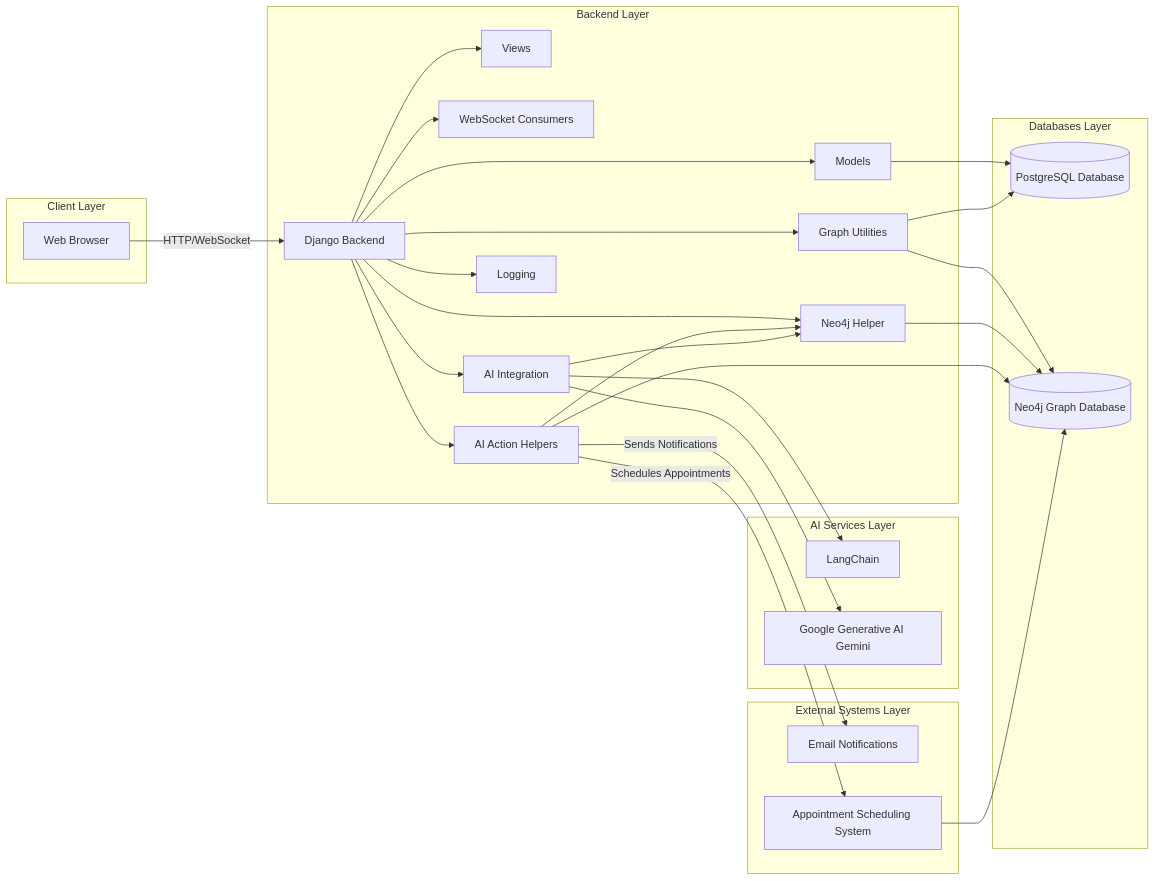
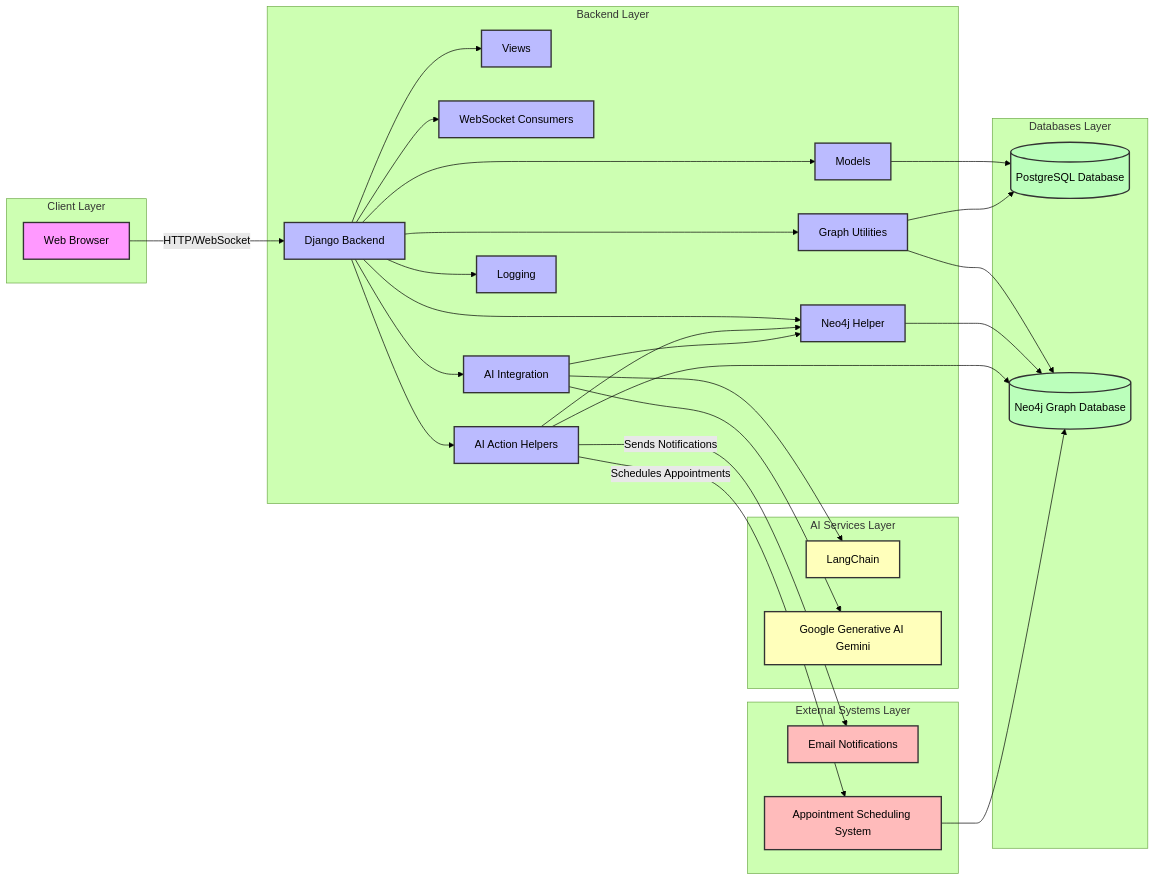
One commit to SiddanthEmani/patient_chatbot changed the diagram in README.md. Above: the diagram before and after it, drawn with Mermaid. The commit also changed 1 other file, not shown here.

Commit message:
Made small visual changes

````diff
--- a/README.md
+++ b/README.md
@@ -53,59 +53,82 @@
 ```mermaid
-%%{init: {'theme': 'forest', 'flowchart': {'curve': 'basis'}, 'look': 'handDrawn', layout:'dagre'}}%%
-
+%%{init: {'theme': 'forest', 'flowchart': {'curve': 'basis'}}}%%
 graph LR
-subgraph "Client Layer"
-A[Web Browser]:::client
-end
-subgraph "Backend Layer"
-B[Django Backend]:::backend
-C[Views]:::backend
-D[WebSocket Consumers]:::backend
-E[Models]:::backend
-F[AI Integration]:::backend
-G[Graph Utilities]:::backend
-H[Neo4j Helper]:::backend
-I[AI Action Helpers]:::backend
-J[Logging]:::backend
-end
-subgraph "Databases Layer"
-K[(PostgreSQL Database)]:::databases
-L[(Neo4j Graph Database)]:::databases
-end
-subgraph "AI Services Layer"
-M[LangChain]:::ai
-N[Google Generative AI Gemini]:::ai
-end
-subgraph "External Systems Layer"
-O[Email Notifications]:::external
-P[Appointment Scheduling System]:::external
-end
-A -->|HTTP/WebSocket| B
-B --> C
-B --> D
-B --> E
-B --> F
-B --> G
-B --> H
-B --> I
-B --> J
-E --> K
-G --> K
-G --> L
-H --> L
-I --> H
-I --> L
-F --> M
-F --> N
-F --> H
-I -->|Sends Notifications| O
-I -->|Schedules Appointments| P
-P --> L
-class A client
-class B,C,D,E,F,G,H,I,J backend
-class K,L databases
-class M,N ai
-class O,P external
-
-
+    %% Styling Definitions %%
+    classDef client fill:#f9f,stroke:#333,stroke-width:2px;
+    classDef backend fill:#bbf,stroke:#333,stroke-width:2px;
+    classDef databases fill:#bfb,stroke:#333,stroke-width:2px;
+    classDef ai fill:#ffb,stroke:#333,stroke-width:2px;
+    classDef external fill:#fbb,stroke:#333,stroke-width:2px;
+    
+    %% Clients %%
+    subgraph "Client Layer"
+        A[Web Browser]:::client
+    end
+    
+    %% Django Backend %%
+    subgraph "Backend Layer" 
+        B[Django Backend]:::backend
+        C[Views]:::backend
+        D[WebSocket Consumers]:::backend
+        E[Models]:::backend
+        F[AI Integration]:::backend
+        G[Graph Utilities]:::backend
+        H[Neo4j Helper]:::backend
+        I[AI Action Helpers]:::backend
+        J[Logging]:::backend
+    end
+    
+    %% Databases %%
+    subgraph "Databases Layer"
+        K[(PostgreSQL Database)]:::databases
+        L[(Neo4j Graph Database)]:::databases
+    end
+    
+    %% AI Services %%
+    subgraph "AI Services Layer"
+        M[LangChain]:::ai
+        N[Google Generative AI Gemini]:::ai
+    end
+    
+    %% External Systems %%
+    subgraph "External Systems Layer"
+        O[Email Notifications]:::external
+        P[Appointment Scheduling System]:::external
+    end
+    
+    %% Interactions %%
+    A -->|HTTP/WebSocket| B
+    B --> C
+    B --> D
+    B --> E
+    B --> F
+    B --> G
+    B --> H
+    B --> I
+    B --> J
+    
+    %% Backend to Databases %%
+    E --> K
+    G --> K
+    G --> L
+    H --> L
+    I --> H
+    I --> L
+    
+    %% AI Integration %%
+    F --> M
+    F --> N
+    F --> H
+    
+    %% External Systems Interaction %%
+    I -->|Sends Notifications| O
+    I -->|Schedules Appointments| P
+    P --> L
+    
+    %% Styling Assignments %%
+    class A client
+    class B,C,D,E,F,G,H,I,J backend
+    class K,L databases
+    class M,N ai
+    class O,P external
 ```
````
